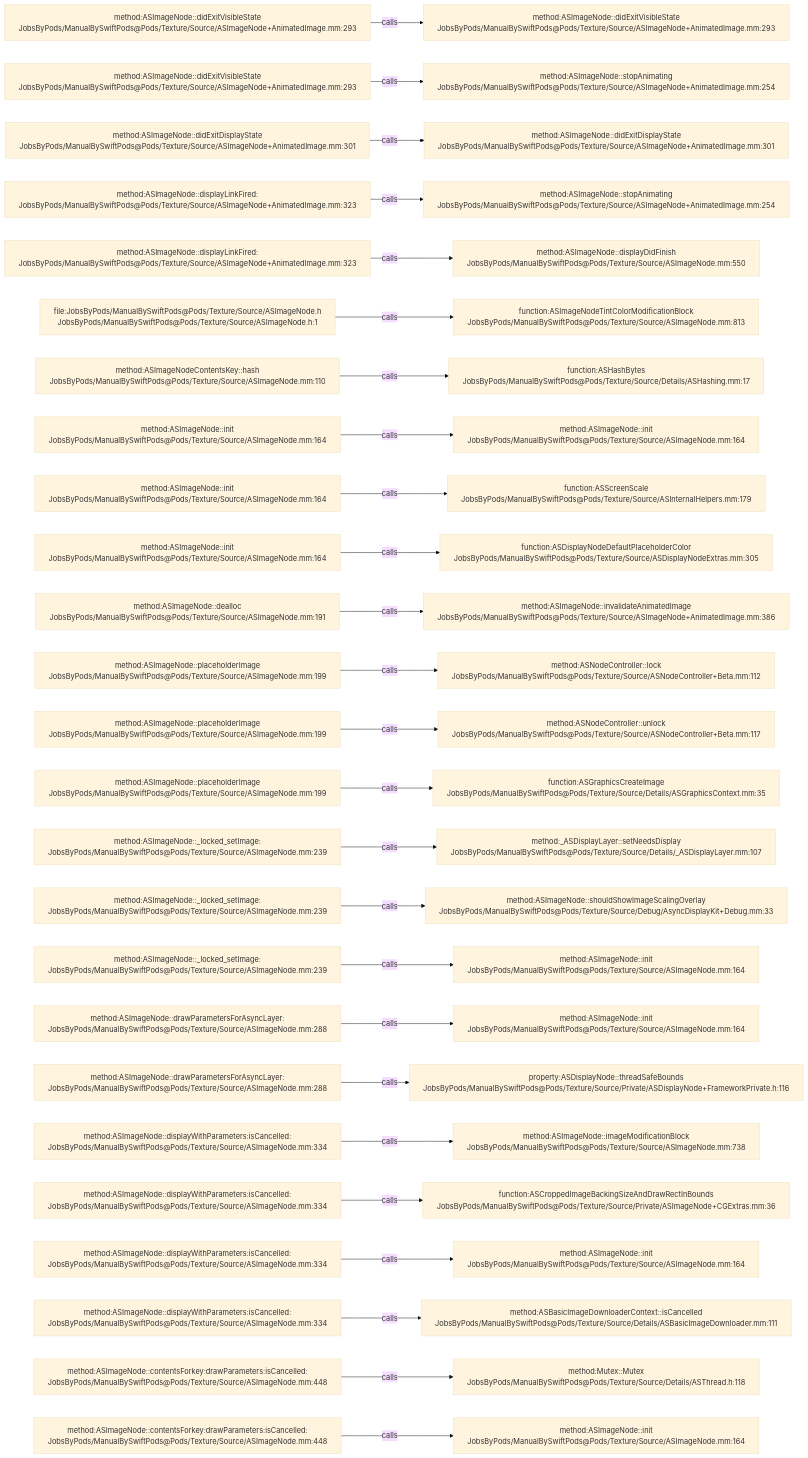
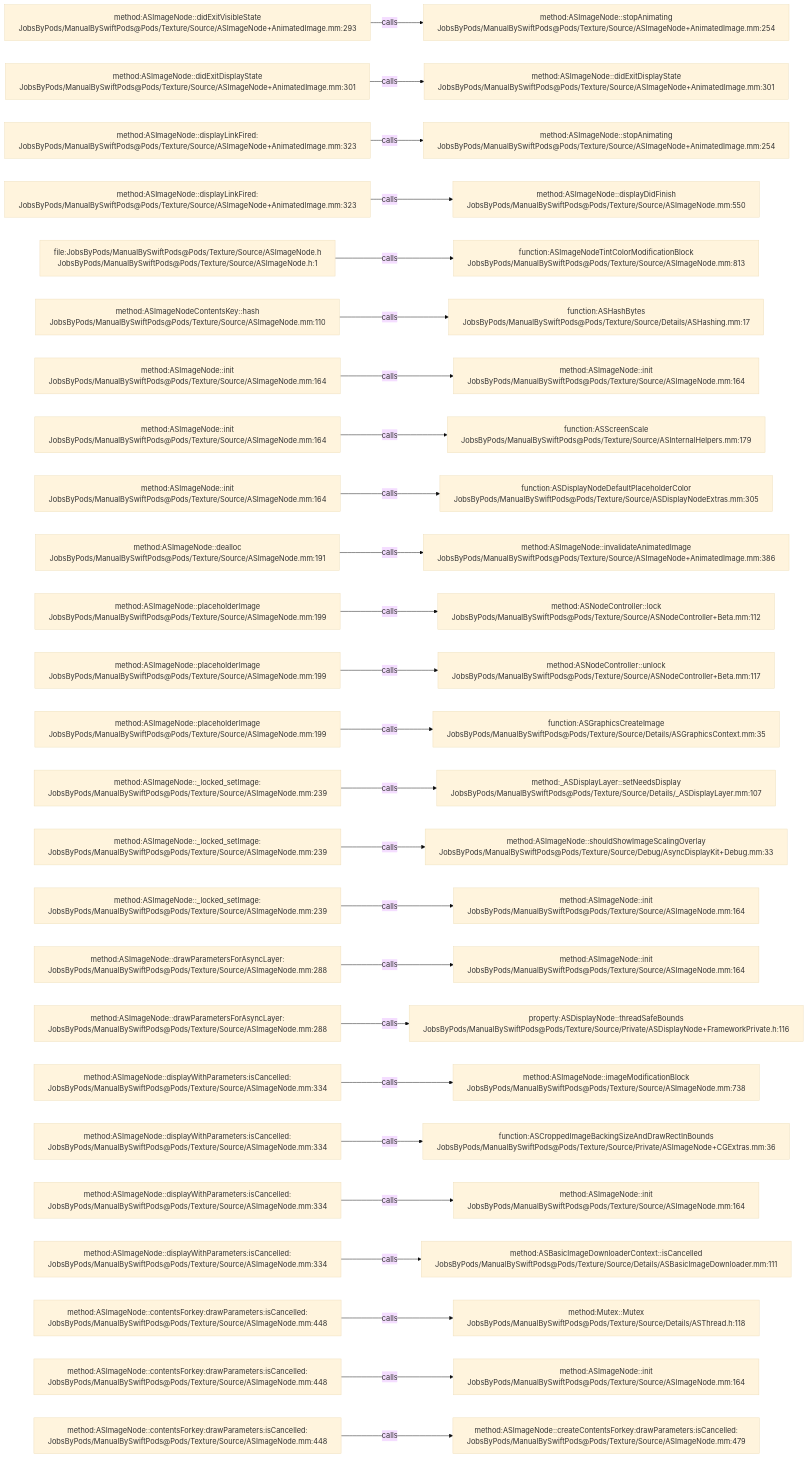
Before and after one commit to JobsKits/JobsSwiftBaseConfigDemo: the diagram in .codegraph/codegraph.md/graphs/calls-041.md, drawn with Mermaid (base theme). The commit also changed 747 other files, not shown here.

````diff
--- a/.codegraph/codegraph.md/graphs/calls-041.md
+++ b/.codegraph/codegraph.md/graphs/calls-041.md
@@ -13,78 +13,78 @@
 ```mermaid
 flowchart LR
   S1["method:ASImageNode::didExitVisibleState<br/>JobsByPods/ManualBySwiftPods@Pods/Texture/Source/ASImageNode+AnimatedImage.mm:293"]
-  T1["method:ASImageNode::didExitVisibleState<br/>JobsByPods/ManualBySwiftPods@Pods/Texture/Source/ASImageNode+AnimatedImage.mm:293"]
+  T1["method:ASImageNode::stopAnimating<br/>JobsByPods/ManualBySwiftPods@Pods/Texture/Source/ASImageNode+AnimatedImage.mm:254"]
   S1 -->|calls| T1
-  S2["method:ASImageNode::didExitVisibleState<br/>JobsByPods/ManualBySwiftPods@Pods/Texture/Source/ASImageNode+AnimatedImage.mm:293"]
-  T2["method:ASImageNode::stopAnimating<br/>JobsByPods/ManualBySwiftPods@Pods/Texture/Source/ASImageNode+AnimatedImage.mm:254"]
+  S2["method:ASImageNode::didExitDisplayState<br/>JobsByPods/ManualBySwiftPods@Pods/Texture/Source/ASImageNode+AnimatedImage.mm:301"]
+  T2["method:ASImageNode::didExitDisplayState<br/>JobsByPods/ManualBySwiftPods@Pods/Texture/Source/ASImageNode+AnimatedImage.mm:301"]
   S2 -->|calls| T2
-  S3["method:ASImageNode::didExitDisplayState<br/>JobsByPods/ManualBySwiftPods@Pods/Texture/Source/ASImageNode+AnimatedImage.mm:301"]
-  T3["method:ASImageNode::didExitDisplayState<br/>JobsByPods/ManualBySwiftPods@Pods/Texture/Source/ASImageNode+AnimatedImage.mm:301"]
+  S3["method:ASImageNode::displayLinkFired:<br/>JobsByPods/ManualBySwiftPods@Pods/Texture/Source/ASImageNode+AnimatedImage.mm:323"]
+  T3["method:ASImageNode::stopAnimating<br/>JobsByPods/ManualBySwiftPods@Pods/Texture/Source/ASImageNode+AnimatedImage.mm:254"]
   S3 -->|calls| T3
   S4["method:ASImageNode::displayLinkFired:<br/>JobsByPods/ManualBySwiftPods@Pods/Texture/Source/ASImageNode+AnimatedImage.mm:323"]
-  T4["method:ASImageNode::stopAnimating<br/>JobsByPods/ManualBySwiftPods@Pods/Texture/Source/ASImageNode+AnimatedImage.mm:254"]
+  T4["method:ASImageNode::displayDidFinish<br/>JobsByPods/ManualBySwiftPods@Pods/Texture/Source/ASImageNode.mm:550"]
   S4 -->|calls| T4
-  S5["method:ASImageNode::displayLinkFired:<br/>JobsByPods/ManualBySwiftPods@Pods/Texture/Source/ASImageNode+AnimatedImage.mm:323"]
-  T5["method:ASImageNode::displayDidFinish<br/>JobsByPods/ManualBySwiftPods@Pods/Texture/Source/ASImageNode.mm:550"]
+  S5["file:JobsByPods/ManualBySwiftPods@Pods/Texture/Source/ASImageNode.h<br/>JobsByPods/ManualBySwiftPods@Pods/Texture/Source/ASImageNode.h:1"]
+  T5["function:ASImageNodeTintColorModificationBlock<br/>JobsByPods/ManualBySwiftPods@Pods/Texture/Source/ASImageNode.mm:813"]
   S5 -->|calls| T5
-  S6["file:JobsByPods/ManualBySwiftPods@Pods/Texture/Source/ASImageNode.h<br/>JobsByPods/ManualBySwiftPods@Pods/Texture/Source/ASImageNode.h:1"]
-  T6["function:ASImageNodeTintColorModificationBlock<br/>JobsByPods/ManualBySwiftPods@Pods/Texture/Source/ASImageNode.mm:813"]
+  S6["method:ASImageNodeContentsKey::hash<br/>JobsByPods/ManualBySwiftPods@Pods/Texture/Source/ASImageNode.mm:110"]
+  T6["function:ASHashBytes<br/>JobsByPods/ManualBySwiftPods@Pods/Texture/Source/Details/ASHashing.mm:17"]
   S6 -->|calls| T6
-  S7["method:ASImageNodeContentsKey::hash<br/>JobsByPods/ManualBySwiftPods@Pods/Texture/Source/ASImageNode.mm:110"]
-  T7["function:ASHashBytes<br/>JobsByPods/ManualBySwiftPods@Pods/Texture/Source/Details/ASHashing.mm:17"]
+  S7["method:ASImageNode::init<br/>JobsByPods/ManualBySwiftPods@Pods/Texture/Source/ASImageNode.mm:164"]
+  T7["method:ASImageNode::init<br/>JobsByPods/ManualBySwiftPods@Pods/Texture/Source/ASImageNode.mm:164"]
   S7 -->|calls| T7
   S8["method:ASImageNode::init<br/>JobsByPods/ManualBySwiftPods@Pods/Texture/Source/ASImageNode.mm:164"]
-  T8["method:ASImageNode::init<br/>JobsByPods/ManualBySwiftPods@Pods/Texture/Source/ASImageNode.mm:164"]
+  T8["function:ASScreenScale<br/>JobsByPods/ManualBySwiftPods@Pods/Texture/Source/ASInternalHelpers.mm:179"]
   S8 -->|calls| T8
   S9["method:ASImageNode::init<br/>JobsByPods/ManualBySwiftPods@Pods/Texture/Source/ASImageNode.mm:164"]
-  T9["function:ASScreenScale<br/>JobsByPods/ManualBySwiftPods@Pods/Texture/Source/ASInternalHelpers.mm:179"]
+  T9["function:ASDisplayNodeDefaultPlaceholderColor<br/>JobsByPods/ManualBySwiftPods@Pods/Texture/Source/ASDisplayNodeExtras.mm:305"]
   S9 -->|calls| T9
-  S10["method:ASImageNode::init<br/>JobsByPods/ManualBySwiftPods@Pods/Texture/Source/ASImageNode.mm:164"]
-  T10["function:ASDisplayNodeDefaultPlaceholderColor<br/>JobsByPods/ManualBySwiftPods@Pods/Texture/Source/ASDisplayNodeExtras.mm:305"]
+  S10["method:ASImageNode::dealloc<br/>JobsByPods/ManualBySwiftPods@Pods/Texture/Source/ASImageNode.mm:191"]
+  T10["method:ASImageNode::invalidateAnimatedImage<br/>JobsByPods/ManualBySwiftPods@Pods/Texture/Source/ASImageNode+AnimatedImage.mm:386"]
   S10 -->|calls| T10
-  S11["method:ASImageNode::dealloc<br/>JobsByPods/ManualBySwiftPods@Pods/Texture/Source/ASImageNode.mm:191"]
-  T11["method:ASImageNode::invalidateAnimatedImage<br/>JobsByPods/ManualBySwiftPods@Pods/Texture/Source/ASImageNode+AnimatedImage.mm:386"]
+  S11["method:ASImageNode::placeholderImage<br/>JobsByPods/ManualBySwiftPods@Pods/Texture/Source/ASImageNode.mm:199"]
+  T11["method:ASNodeController::lock<br/>JobsByPods/ManualBySwiftPods@Pods/Texture/Source/ASNodeController+Beta.mm:112"]
   S11 -->|calls| T11
   S12["method:ASImageNode::placeholderImage<br/>JobsByPods/ManualBySwiftPods@Pods/Texture/Source/ASImageNode.mm:199"]
-  T12["method:ASNodeController::lock<br/>JobsByPods/ManualBySwiftPods@Pods/Texture/Source/ASNodeController+Beta.mm:112"]
+  T12["method:ASNodeController::unlock<br/>JobsByPods/ManualBySwiftPods@Pods/Texture/Source/ASNodeController+Beta.mm:117"]
   S12 -->|calls| T12
   S13["method:ASImageNode::placeholderImage<br/>JobsByPods/ManualBySwiftPods@Pods/Texture/Source/ASImageNode.mm:199"]
-  T13["method:ASNodeController::unlock<br/>JobsByPods/ManualBySwiftPods@Pods/Texture/Source/ASNodeController+Beta.mm:117"]
+  T13["function:ASGraphicsCreateImage<br/>JobsByPods/ManualBySwiftPods@Pods/Texture/Source/Details/ASGraphicsContext.mm:35"]
   S13 -->|calls| T13
-  S14["method:ASImageNode::placeholderImage<br/>JobsByPods/ManualBySwiftPods@Pods/Texture/Source/ASImageNode.mm:199"]
-  T14["function:ASGraphicsCreateImage<br/>JobsByPods/ManualBySwiftPods@Pods/Texture/Source/Details/ASGraphicsContext.mm:35"]
+  S14["method:ASImageNode::_locked_setImage:<br/>JobsByPods/ManualBySwiftPods@Pods/Texture/Source/ASImageNode.mm:239"]
+  T14["method:_ASDisplayLayer::setNeedsDisplay<br/>JobsByPods/ManualBySwiftPods@Pods/Texture/Source/Details/_ASDisplayLayer.mm:107"]
   S14 -->|calls| T14
   S15["method:ASImageNode::_locked_setImage:<br/>JobsByPods/ManualBySwiftPods@Pods/Texture/Source/ASImageNode.mm:239"]
-  T15["method:_ASDisplayLayer::setNeedsDisplay<br/>JobsByPods/ManualBySwiftPods@Pods/Texture/Source/Details/_ASDisplayLayer.mm:107"]
+  T15["method:ASImageNode::shouldShowImageScalingOverlay<br/>JobsByPods/ManualBySwiftPods@Pods/Texture/Source/Debug/AsyncDisplayKit+Debug.mm:33"]
   S15 -->|calls| T15
   S16["method:ASImageNode::_locked_setImage:<br/>JobsByPods/ManualBySwiftPods@Pods/Texture/Source/ASImageNode.mm:239"]
-  T16["method:ASImageNode::shouldShowImageScalingOverlay<br/>JobsByPods/ManualBySwiftPods@Pods/Texture/Source/Debug/AsyncDisplayKit+Debug.mm:33"]
+  T16["method:ASImageNode::init<br/>JobsByPods/ManualBySwiftPods@Pods/Texture/Source/ASImageNode.mm:164"]
   S16 -->|calls| T16
-  S17["method:ASImageNode::_locked_setImage:<br/>JobsByPods/ManualBySwiftPods@Pods/Texture/Source/ASImageNode.mm:239"]
+  S17["method:ASImageNode::drawParametersForAsyncLayer:<br/>JobsByPods/ManualBySwiftPods@Pods/Texture/Source/ASImageNode.mm:288"]
   T17["method:ASImageNode::init<br/>JobsByPods/ManualBySwiftPods@Pods/Texture/Source/ASImageNode.mm:164"]
   S17 -->|calls| T17
   S18["method:ASImageNode::drawParametersForAsyncLayer:<br/>JobsByPods/ManualBySwiftPods@Pods/Texture/Source/ASImageNode.mm:288"]
-  T18["method:ASImageNode::init<br/>JobsByPods/ManualBySwiftPods@Pods/Texture/Source/ASImageNode.mm:164"]
+  T18["property:ASDisplayNode::threadSafeBounds<br/>JobsByPods/ManualBySwiftPods@Pods/Texture/Source/Private/ASDisplayNode+FrameworkPrivate.h:116"]
   S18 -->|calls| T18
-  S19["method:ASImageNode::drawParametersForAsyncLayer:<br/>JobsByPods/ManualBySwiftPods@Pods/Texture/Source/ASImageNode.mm:288"]
-  T19["property:ASDisplayNode::threadSafeBounds<br/>JobsByPods/ManualBySwiftPods@Pods/Texture/Source/Private/ASDisplayNode+FrameworkPrivate.h:116"]
+  S19["method:ASImageNode::displayWithParameters:isCancelled:<br/>JobsByPods/ManualBySwiftPods@Pods/Texture/Source/ASImageNode.mm:334"]
+  T19["method:ASImageNode::imageModificationBlock<br/>JobsByPods/ManualBySwiftPods@Pods/Texture/Source/ASImageNode.mm:738"]
   S19 -->|calls| T19
   S20["method:ASImageNode::displayWithParameters:isCancelled:<br/>JobsByPods/ManualBySwiftPods@Pods/Texture/Source/ASImageNode.mm:334"]
-  T20["method:ASImageNode::imageModificationBlock<br/>JobsByPods/ManualBySwiftPods@Pods/Texture/Source/ASImageNode.mm:738"]
+  T20["function:ASCroppedImageBackingSizeAndDrawRectInBounds<br/>JobsByPods/ManualBySwiftPods@Pods/Texture/Source/Private/ASImageNode+CGExtras.mm:36"]
   S20 -->|calls| T20
   S21["method:ASImageNode::displayWithParameters:isCancelled:<br/>JobsByPods/ManualBySwiftPods@Pods/Texture/Source/ASImageNode.mm:334"]
-  T21["function:ASCroppedImageBackingSizeAndDrawRectInBounds<br/>JobsByPods/ManualBySwiftPods@Pods/Texture/Source/Private/ASImageNode+CGExtras.mm:36"]
+  T21["method:ASImageNode::init<br/>JobsByPods/ManualBySwiftPods@Pods/Texture/Source/ASImageNode.mm:164"]
   S21 -->|calls| T21
   S22["method:ASImageNode::displayWithParameters:isCancelled:<br/>JobsByPods/ManualBySwiftPods@Pods/Texture/Source/ASImageNode.mm:334"]
-  T22["method:ASImageNode::init<br/>JobsByPods/ManualBySwiftPods@Pods/Texture/Source/ASImageNode.mm:164"]
+  T22["method:ASBasicImageDownloaderContext::isCancelled<br/>JobsByPods/ManualBySwiftPods@Pods/Texture/Source/Details/ASBasicImageDownloader.mm:111"]
   S22 -->|calls| T22
-  S23["method:ASImageNode::displayWithParameters:isCancelled:<br/>JobsByPods/ManualBySwiftPods@Pods/Texture/Source/ASImageNode.mm:334"]
-  T23["method:ASBasicImageDownloaderContext::isCancelled<br/>JobsByPods/ManualBySwiftPods@Pods/Texture/Source/Details/ASBasicImageDownloader.mm:111"]
+  S23["method:ASImageNode::contentsForkey:drawParameters:isCancelled:<br/>JobsByPods/ManualBySwiftPods@Pods/Texture/Source/ASImageNode.mm:448"]
+  T23["method:Mutex::Mutex<br/>JobsByPods/ManualBySwiftPods@Pods/Texture/Source/Details/ASThread.h:118"]
   S23 -->|calls| T23
   S24["method:ASImageNode::contentsForkey:drawParameters:isCancelled:<br/>JobsByPods/ManualBySwiftPods@Pods/Texture/Source/ASImageNode.mm:448"]
-  T24["method:Mutex::Mutex<br/>JobsByPods/ManualBySwiftPods@Pods/Texture/Source/Details/ASThread.h:118"]
+  T24["method:ASImageNode::init<br/>JobsByPods/ManualBySwiftPods@Pods/Texture/Source/ASImageNode.mm:164"]
   S24 -->|calls| T24
   S25["method:ASImageNode::contentsForkey:drawParameters:isCancelled:<br/>JobsByPods/ManualBySwiftPods@Pods/Texture/Source/ASImageNode.mm:448"]
-  T25["method:ASImageNode::init<br/>JobsByPods/ManualBySwiftPods@Pods/Texture/Source/ASImageNode.mm:164"]
+  T25["method:ASImageNode::createContentsForkey:drawParameters:isCancelled:<br/>JobsByPods/ManualBySwiftPods@Pods/Texture/Source/ASImageNode.mm:479"]
   S25 -->|calls| T25
 ```
````
